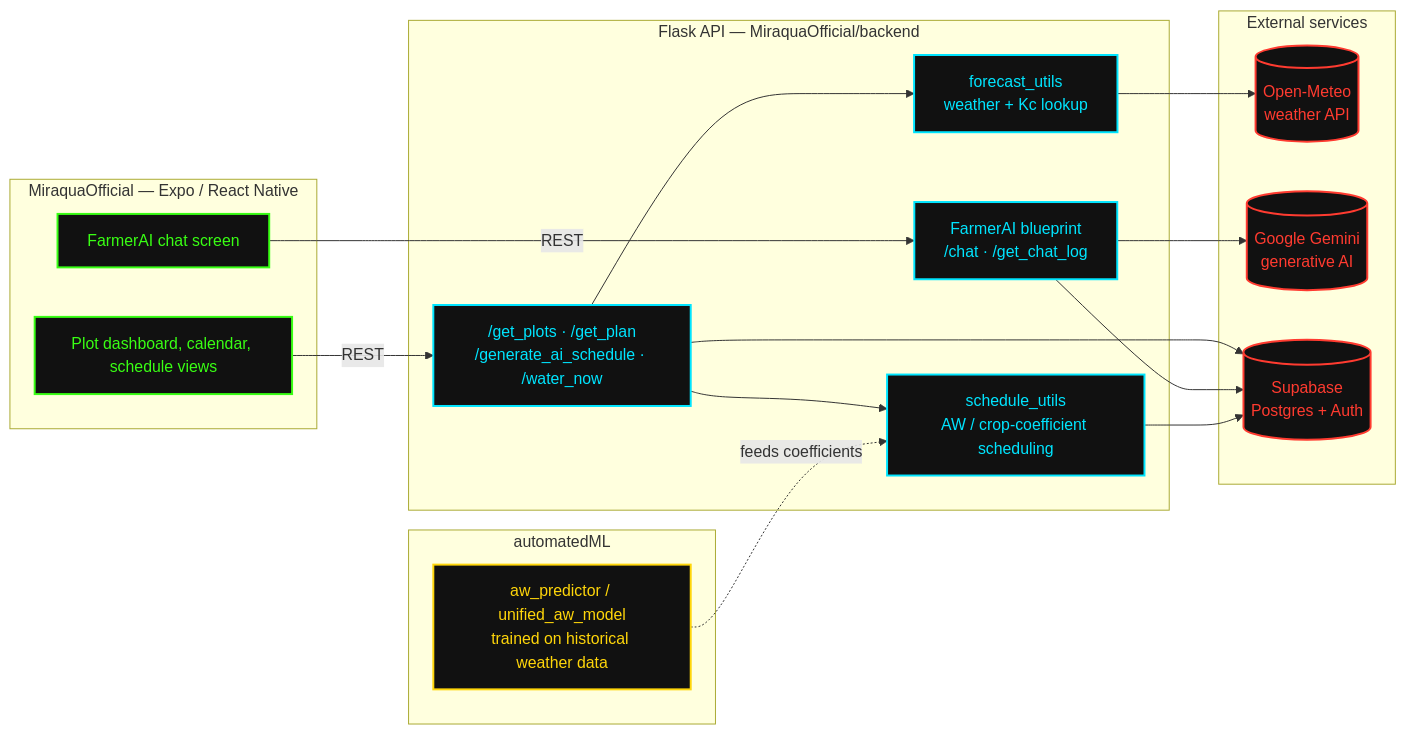
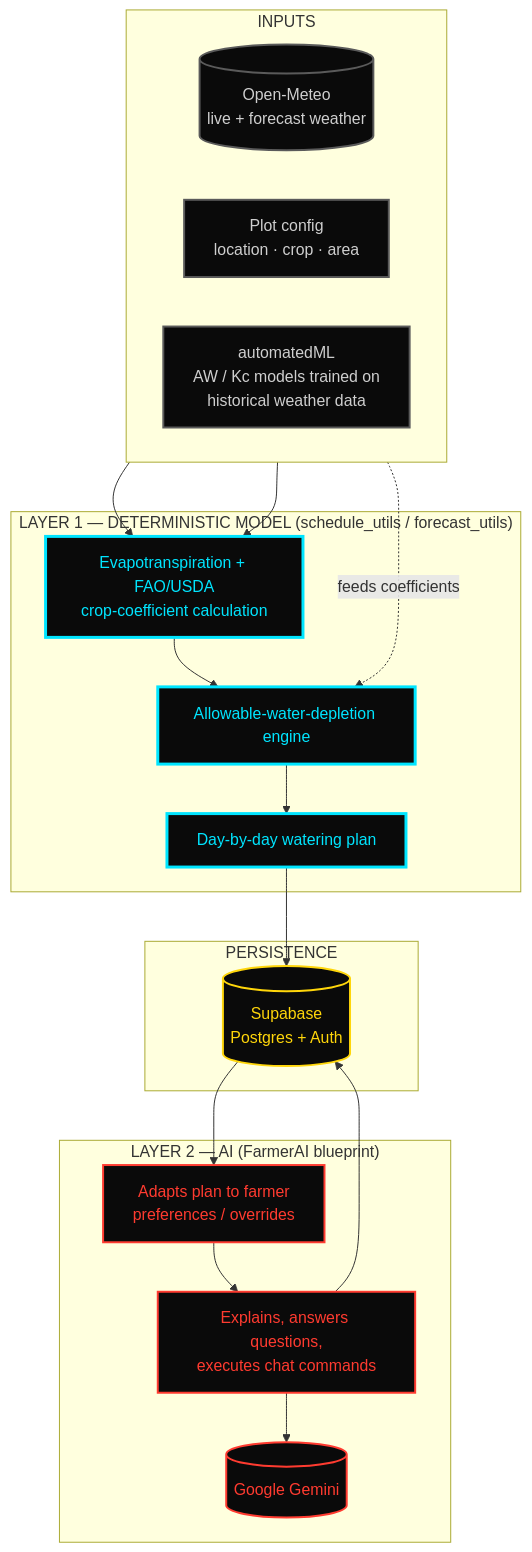
The diagram in README.md (shreyaskommuri/Miraqua), drawn with Mermaid before and after one commit. The commit also changed other lines of this file, not shown here.

Commit message:
Explain deterministic model / AI-layer architecture, per miraquaco.com positioning

````diff
--- a/README.md
+++ b/README.md
@@ -29,45 +36,44 @@
 ```mermaid
-flowchart LR
-    subgraph Client["MiraquaOfficial — Expo / React Native"]
-        UI["Plot dashboard, calendar, schedule views"]
-        Chat["FarmerAI chat screen"]
+flowchart TB
+    subgraph Inputs["INPUTS"]
+        direction LR
+        Meteo[("Open-Meteo\nlive + forecast weather")]
+        Plot["Plot config\nlocation · crop · area"]
+        Hist["automatedML\nAW / Kc models trained on\nhistorical weather data"]
     end
 
-    subgraph API["Flask API — MiraquaOfficial/backend"]
-        Routes["/get_plots · /get_plan\n/generate_ai_schedule · /water_now"]
-        AI["FarmerAI blueprint\n/chat · /get_chat_log"]
-        Sched["schedule_utils\nAW / crop-coefficient scheduling"]
-        Fcst["forecast_utils\nweather + Kc lookup"]
+    subgraph Core["LAYER 1 — DETERMINISTIC MODEL  (schedule_utils / forecast_utils)"]
+        ET["Evapotranspiration + FAO/USDA\ncrop-coefficient calculation"]
+        AW["Allowable-water-depletion engine"]
+        Plan["Day-by-day watering plan"]
+        ET --> AW --> Plan
     end
 
-    subgraph External["External services"]
-        Meteo[("Open-Meteo\nweather API")]
-        Gemini[("Google Gemini\ngenerative AI")]
+    subgraph Store["PERSISTENCE"]
         SB[("Supabase\nPostgres + Auth")]
     end
 
-    subgraph ML["automatedML"]
-        Model["aw_predictor / unified_aw_model\ntrained on historical weather data"]
+    subgraph AI["LAYER 2 — AI  (FarmerAI blueprint)"]
+        Adapt["Adapts plan to farmer\npreferences / overrides"]
+        Explain["Explains, answers questions,\nexecutes chat commands"]
+        Gemini[("Google Gemini")]
+        Adapt --> Explain --> Gemini
     end
 
-    UI -->|REST| Routes
-    Chat -->|REST| AI
-    Routes --> Sched
-    Routes --> Fcst
-    Routes --> SB
-    AI --> Gemini
-    AI --> SB
-    Sched --> SB
-    Fcst --> Meteo
-    Model -. feeds coefficients .-> Sched
+    Meteo --> ET
+    Plot --> ET
+    Hist -. feeds coefficients .-> AW
+    Plan --> SB
+    SB --> Adapt
+    Explain --> SB
 
-    classDef client fill:#111111,stroke:#39ff14,stroke-width:2px,color:#39ff14
-    classDef api fill:#111111,stroke:#00e5ff,stroke-width:2px,color:#00e5ff
-    classDef ext fill:#111111,stroke:#ff3b30,stroke-width:2px,color:#ff3b30
-    classDef ml fill:#111111,stroke:#ffd60a,stroke-width:2px,color:#ffd60a
+    classDef input fill:#0a0a0a,stroke:#5a5a5a,stroke-width:2px,color:#cfcfcf
+    classDef core fill:#0a0a0a,stroke:#00e5ff,stroke-width:3px,color:#00e5ff
+    classDef store fill:#0a0a0a,stroke:#ffd60a,stroke-width:2px,color:#ffd60a
+    classDef ai fill:#0a0a0a,stroke:#ff3b30,stroke-width:2px,color:#ff3b30
 
-    class UI,Chat client
-    class Routes,AI,Sched,Fcst api
-    class Meteo,Gemini,SB ext
-    class Model ml
+    class Meteo,Plot,Hist input
+    class ET,AW,Plan core
+    class SB store
+    class Adapt,Explain,Gemini ai
 ```
````
